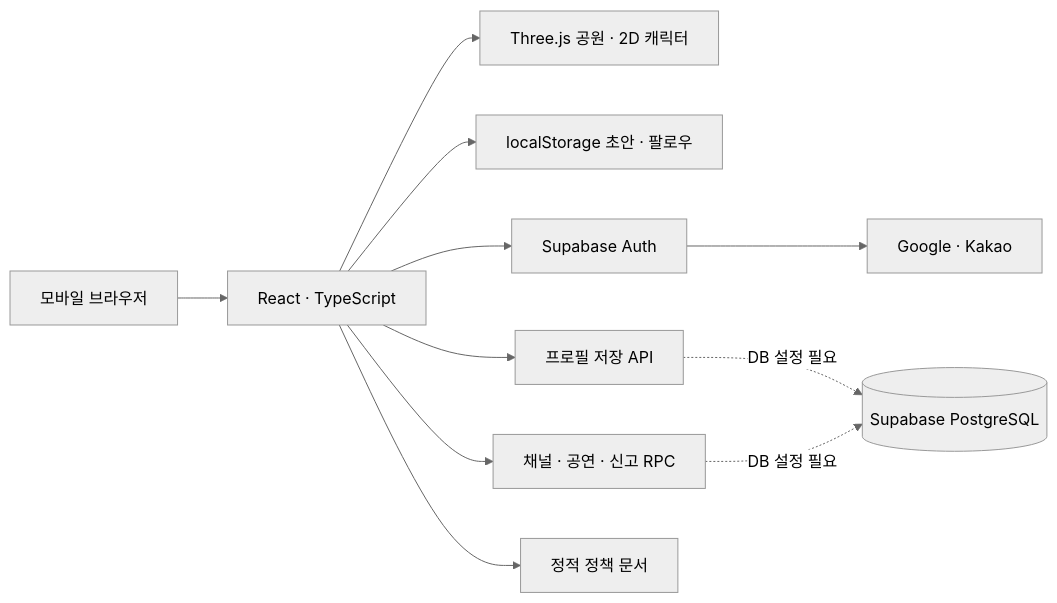
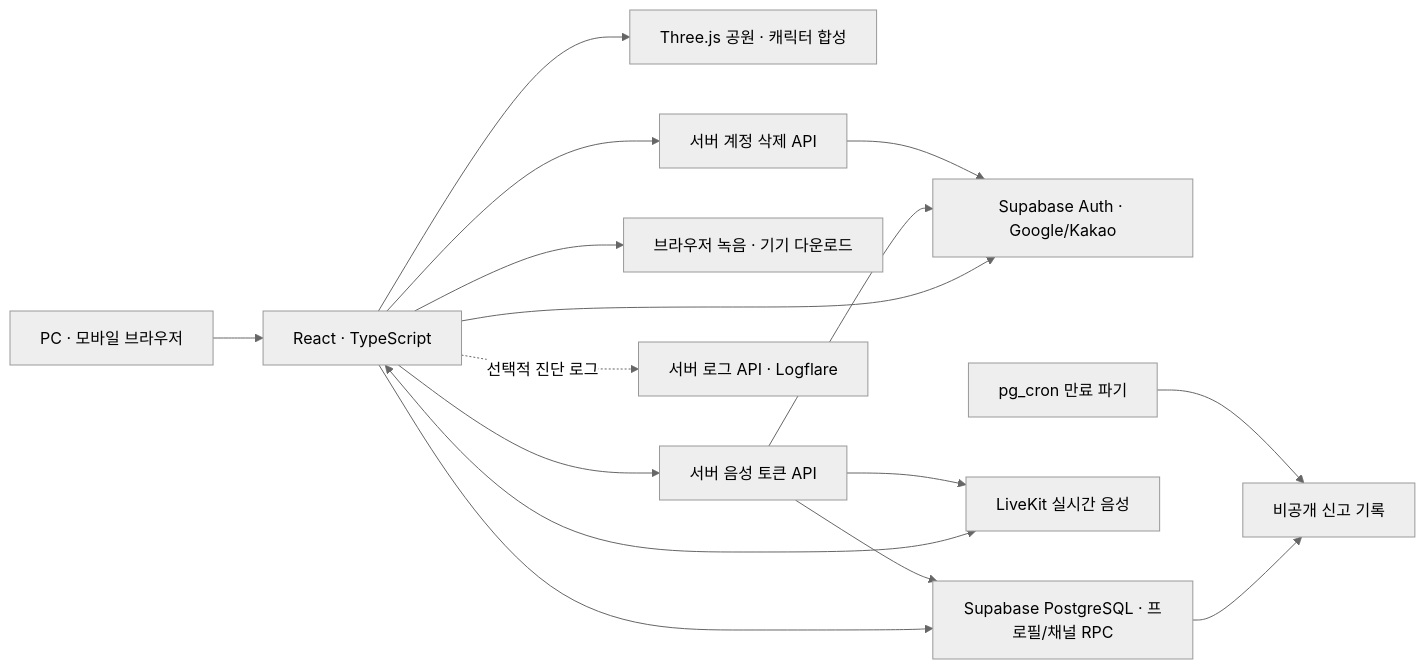
The diagram in README.md (Hongttochi/music_town), drawn with Mermaid (neutral theme) before and after one commit. The commit also changed other lines of this file and 54 other files, not shown here.

````diff
--- a/README.md
+++ b/README.md
@@ -61,13 +121,18 @@
 ```mermaid
 flowchart LR
-    User[모바일 브라우저] --> App[React · TypeScript]
-    App --> World[Three.js 공원 · 2D 캐릭터]
-    App --> Local[localStorage 초안 · 팔로우]
-    App --> Auth[Supabase Auth]
-    Auth --> OAuth[Google · Kakao]
-    App --> Profiles[프로필 저장 API]
-    App --> Town[채널 · 공연 · 신고 RPC]
-    Profiles -. DB 설정 필요 .-> DB[(Supabase PostgreSQL)]
-    Town -. DB 설정 필요 .-> DB
-    App --> Policies[정적 정책 문서]
+    Browser["PC · 모바일 브라우저"] --> App["React · TypeScript"]
+    App --> World["Three.js 공원 · 캐릭터 합성"]
+    App --> Auth["Supabase Auth · Google/Kakao"]
+    App --> DB["Supabase PostgreSQL · 프로필/채널 RPC"]
+    App --> VoiceAPI["서버 음성 토큰 API"]
+    VoiceAPI --> Auth
+    VoiceAPI --> DB
+    App <--> LiveKit["LiveKit 실시간 음성"]
+    VoiceAPI --> LiveKit
+    App --> Recorder["브라우저 녹음 · 기기 다운로드"]
+    App --> DeleteAPI["서버 계정 삭제 API"]
+    DeleteAPI --> Auth
+    App -. "선택적 진단 로그" .-> Logs["서버 로그 API · Logflare"]
+    DB --> Cases["비공개 신고 기록"]
+    Cron["pg_cron 만료 파기"] --> Cases
 ```
````
